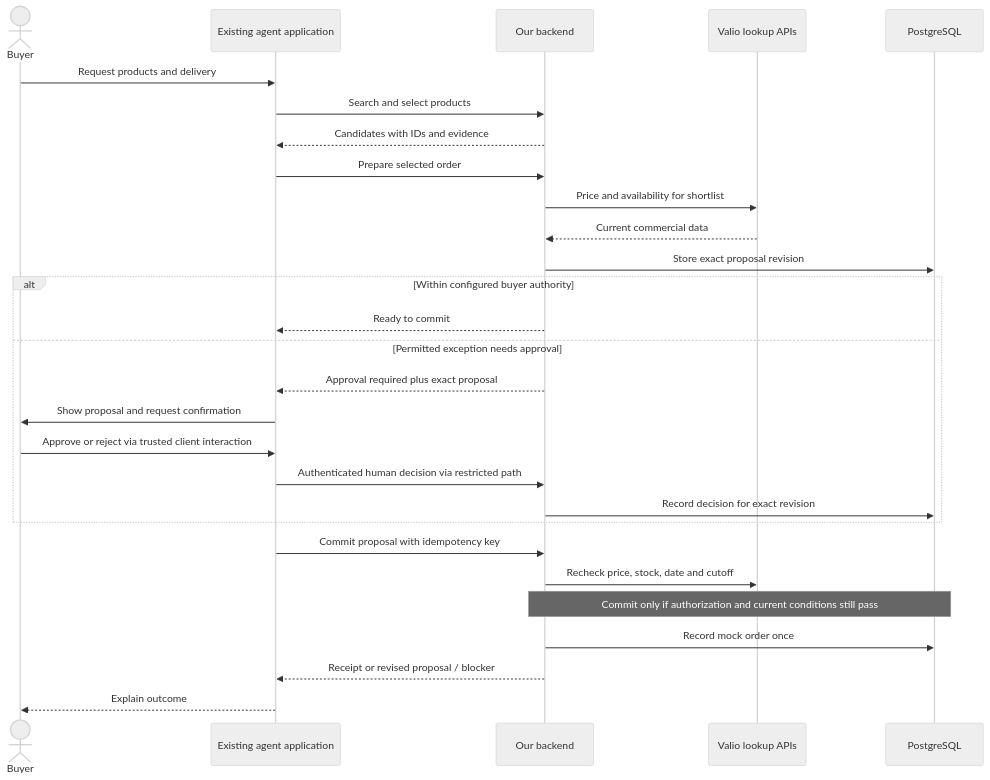
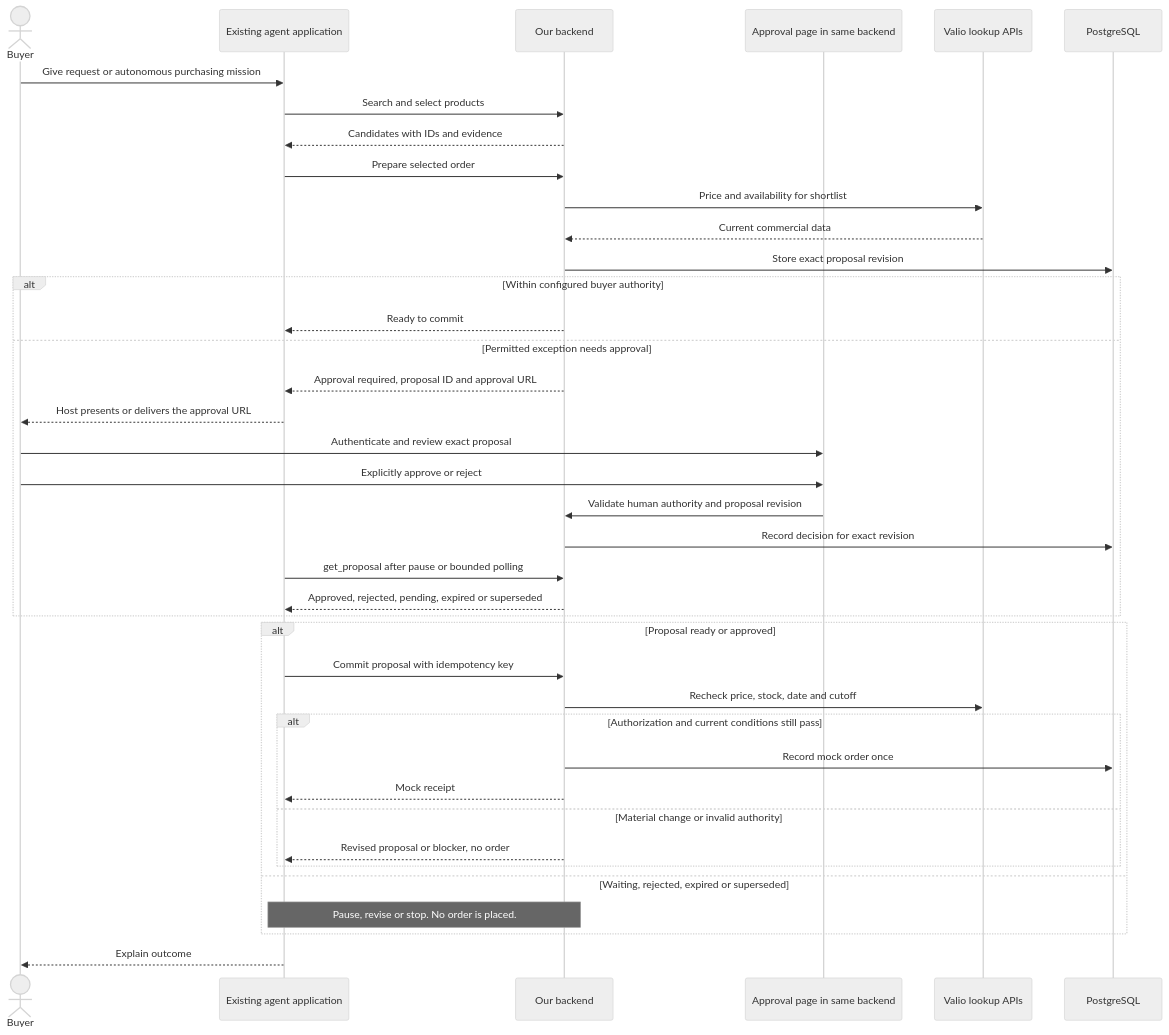
One commit to Junction-Best-Team/Main-Application changed the second of 3 diagrams in docs/brief.md. Above: the diagram before and after it, drawn with Mermaid (neutral theme). The commit also changed other lines of this file and 3 other files, not shown here.

Commit message:
docs: add minimal hosted approval page to the MVP

````diff
--- a/docs/brief.md
+++ b/docs/brief.md
@@ -209,30 +220,41 @@
 ```mermaid
 sequenceDiagram
     actor Buyer
     participant Agent as Existing agent application
     participant API as Our backend
+    participant Page as Approval page in same backend
     participant Valio as Valio lookup APIs
     participant DB as PostgreSQL
-    Buyer->>Agent: Request products and delivery
+    Buyer->>Agent: Give request or autonomous purchasing mission
     Agent->>API: Search and select products
     API-->>Agent: Candidates with IDs and evidence
     Agent->>API: Prepare selected order
     API->>Valio: Price and availability for shortlist
     Valio-->>API: Current commercial data
     API->>DB: Store exact proposal revision
     alt Within configured buyer authority
         API-->>Agent: Ready to commit
     else Permitted exception needs approval
-        API-->>Agent: Approval required plus exact proposal
-        Agent->>Buyer: Show proposal and request confirmation
-        Buyer->>Agent: Approve or reject via trusted client interaction
-        Agent->>API: Authenticated human decision via restricted path
+        API-->>Agent: Approval required, proposal ID and approval URL
+        Agent-->>Buyer: Host presents or delivers the approval URL
+        Buyer->>Page: Authenticate and review exact proposal
+        Buyer->>Page: Explicitly approve or reject
+        Page->>API: Validate human authority and proposal revision
         API->>DB: Record decision for exact revision
+        Agent->>API: get_proposal after pause or bounded polling
+        API-->>Agent: Approved, rejected, pending, expired or superseded
     end
-    Agent->>API: Commit proposal with idempotency key
-    API->>Valio: Recheck price, stock, date and cutoff
-    Note over API,DB: Commit only if authorization and current conditions still pass
-    API->>DB: Record mock order once
-    API-->>Agent: Receipt or revised proposal / blocker
+    alt Proposal ready or approved
+        Agent->>API: Commit proposal with idempotency key
+        API->>Valio: Recheck price, stock, date and cutoff
+        alt Authorization and current conditions still pass
+            API->>DB: Record mock order once
+            API-->>Agent: Mock receipt
+        else Material change or invalid authority
+            API-->>Agent: Revised proposal or blocker, no order
+        end
+    else Waiting, rejected, expired or superseded
+        Note over Agent,API: Pause, revise or stop. No order is placed.
+    end
     Agent-->>Buyer: Explain outcome
 ```
````
